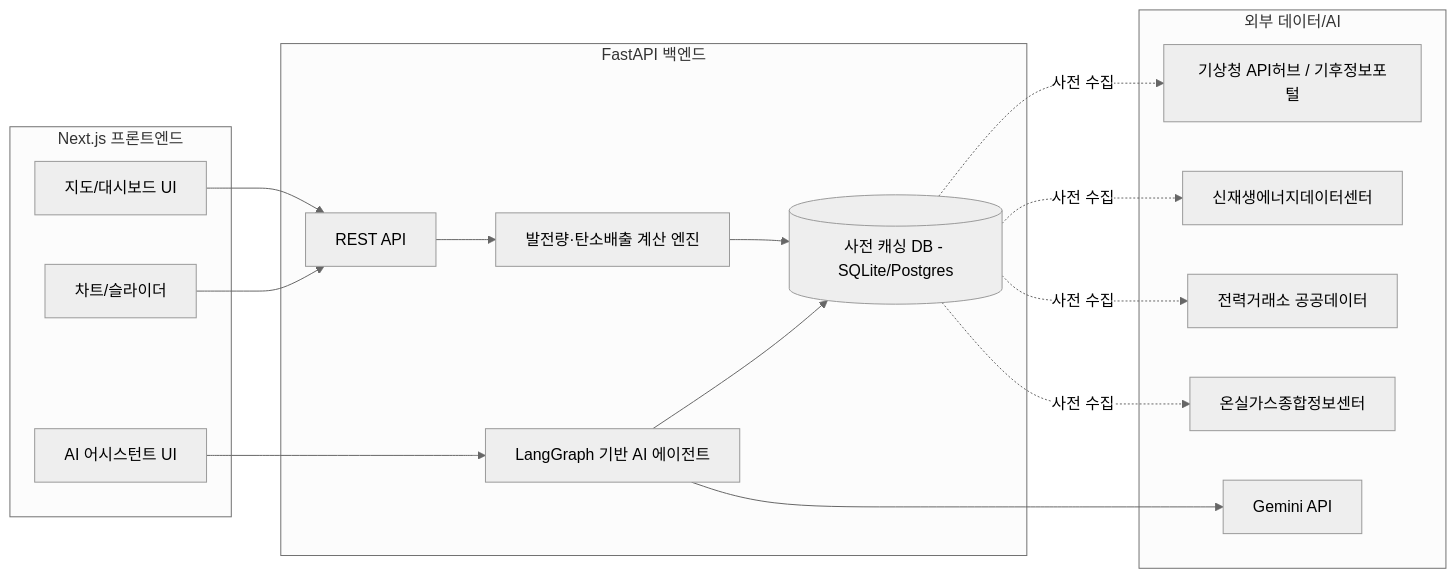
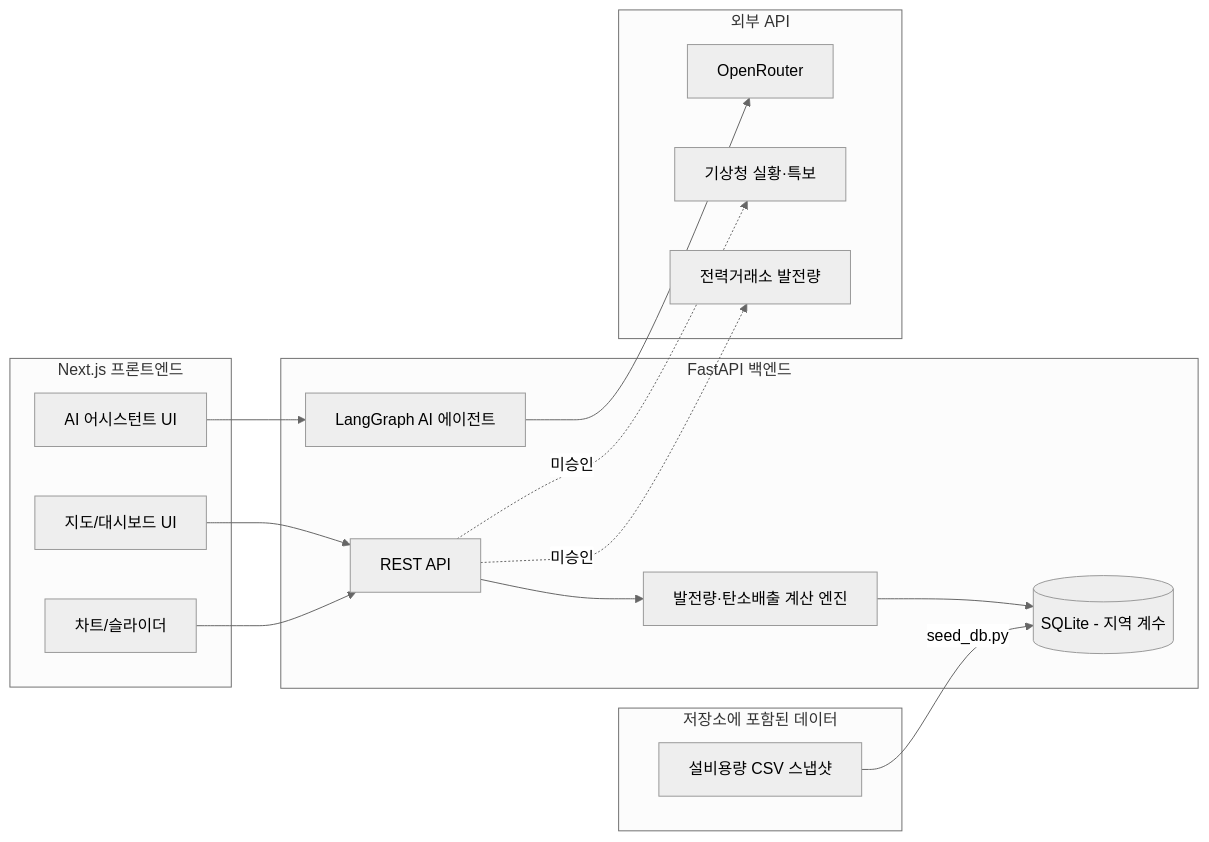
One commit to toto6343/climateloop changed the second of 2 diagrams in README.md. Above: the diagram before and after it, drawn with Mermaid (neutral theme). The commit also changed other lines of this file and 39 other files, not shown here.

````diff
--- a/README.md
+++ b/README.md
@@ -197,32 +319,31 @@
 ```mermaid
 flowchart LR
     subgraph Frontend["Next.js 프론트엔드"]
         Map[지도/대시보드 UI]
         Chart[차트/슬라이더]
         Chat[AI 어시스턴트 UI]
     end
     subgraph Backend["FastAPI 백엔드"]
         API[REST API]
         Calc[발전량·탄소배출 계산 엔진]
-        Cache[(사전 캐싱 DB - SQLite/Postgres)]
-        Agent[LangGraph 기반 AI 에이전트]
+        DB[(SQLite - 지역 계수)]
+        Agent[LangGraph AI 에이전트]
     end
-    subgraph External["외부 데이터/AI"]
-        KMA[기상청 API허브 / 기후정보포털]
-        KIER[신재생에너지데이터센터]
-        KPX[전력거래소 공공데이터]
-        GIR[온실가스종합정보센터]
-        Gemini[Gemini API]
+    subgraph Files["저장소에 포함된 데이터"]
+        CSV[설비용량 CSV 스냅샷]
+    end
+    subgraph External["외부 API"]
+        LLM[OpenRouter]
+        KMA[기상청 실황·특보]
+        KPX[전력거래소 발전량]
     end
     Map --> API
     Chart --> API
     Chat --> Agent
     API --> Calc
-    Calc --> Cache
-    Agent --> Gemini
-    Agent --> Cache
-    Cache -. 사전 수집 .-> KMA
-    Cache -. 사전 수집 .-> KIER
-    Cache -. 사전 수집 .-> KPX
-    Cache -. 사전 수집 .-> GIR
+    Calc --> DB
+    CSV -- seed_db.py --> DB
+    Agent --> LLM
+    API -. 미승인 .-> KMA
+    API -. 미승인 .-> KPX
 ```
````
